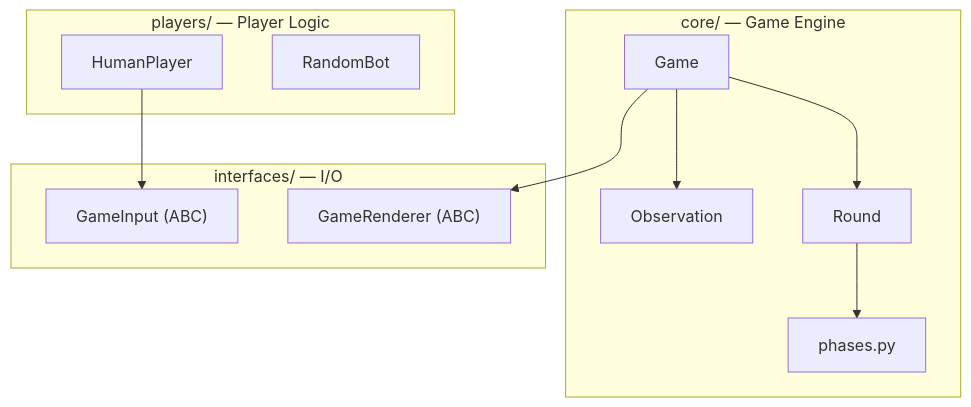
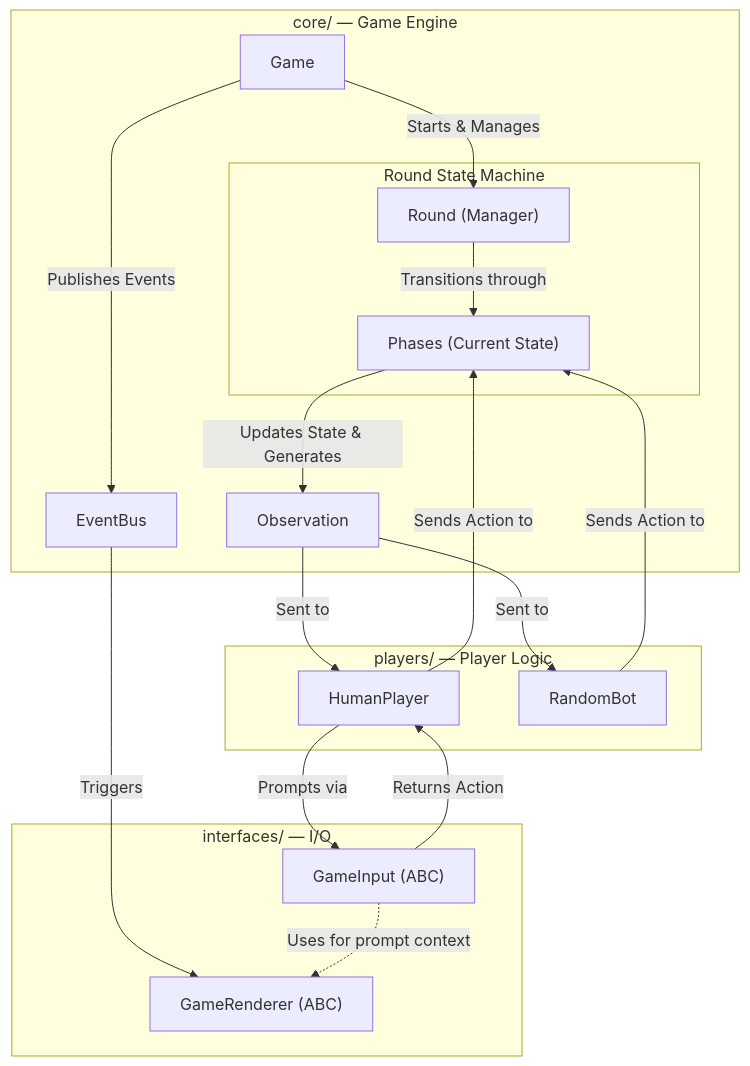
Before and after one commit to hwilco/PyCardGolf: the diagram in README.md, drawn with Mermaid.

Commit message:
doc: update architecture diagram

````diff
--- a/README.md
+++ b/README.md
@@ -33,25 +33,45 @@
 ```mermaid
 graph TB
     subgraph Core["core/ — Game Engine"]
         Game["Game"]
-        Round["Round"]
-        Phases["phases.py"]
+        EventBus["EventBus"]
         Observation["Observation"]
+
+        subgraph StateMachine["Round State Machine"]
+            Round["Round (Manager)"]
+            Phases["Phases (Current State)"]
+        end
     end
 
     subgraph Interfaces["interfaces/ — I/O"]
         GameRenderer["GameRenderer (ABC)"]
         GameInput["GameInput (ABC)"]
     end
 
     subgraph Players["players/ — Player Logic"]
         HumanPlayer["HumanPlayer"]
         RandomBot["RandomBot"]
     end
 
-    Game --> Round
-    Round --> Phases
-    Game --> Observation
-    Game --> GameRenderer
-    HumanPlayer --> GameInput
+    %% Internal Engine Flow
+    Game -- Starts & Manages --> Round
+    Round -- Transitions through --> Phases
+    Phases -- Updates State & Generates --> Observation
+
+    %% Event-Driven Rendering
+    Game -- Publishes Events --> EventBus
+    EventBus -- Triggers --> GameRenderer
+
+    %% Observation Flow (State to Players)
+    Observation -- Sent to --> HumanPlayer
+    Observation -- Sent to --> RandomBot
+
+    %% Input Flow & Context Rendering
+    HumanPlayer -- Prompts via --> GameInput
+    GameInput -. Uses for prompt context .-> GameRenderer
+    GameInput -- Returns Action --> HumanPlayer
+
+    %% Decisions to Engine (Processed by Current Phase)
+    HumanPlayer -- Sends Action to --> Phases
+    RandomBot -- Sends Action to --> Phases
 ```
````
